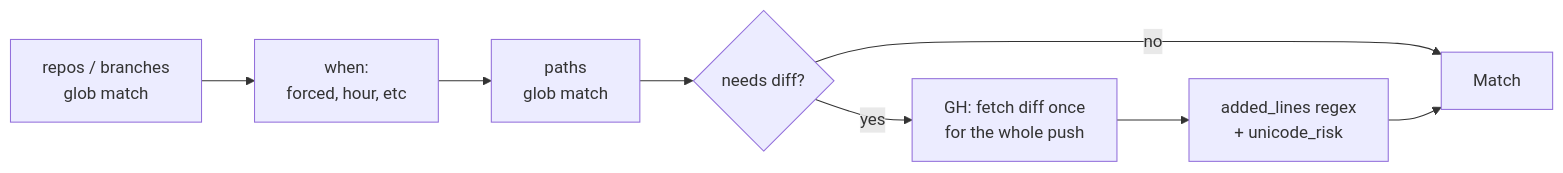
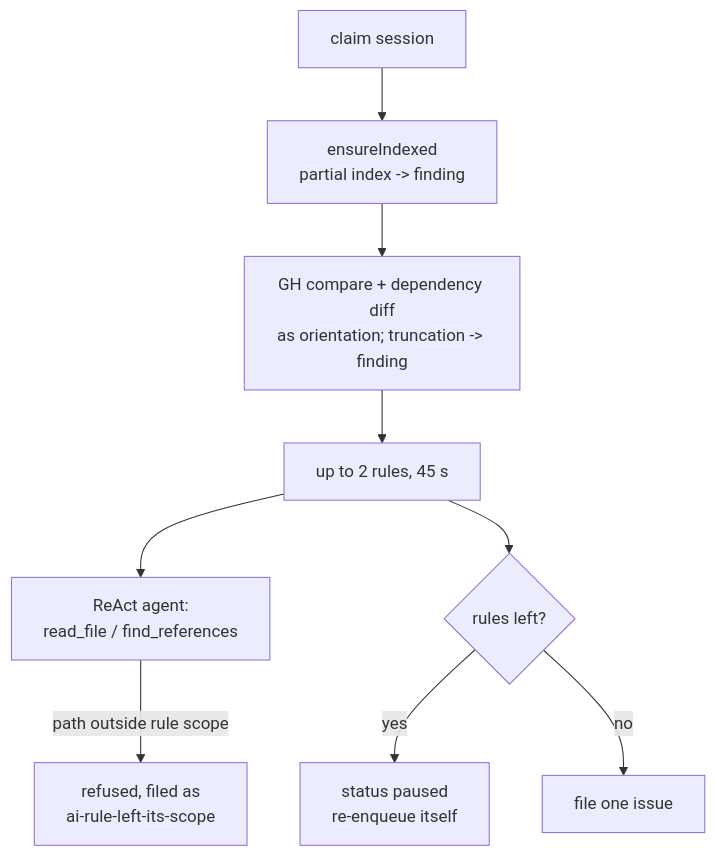
The fifth of 9 diagrams in RUNTIME.md (saadiqayyum/Pushguard), drawn with Mermaid before and after one commit. The commit also changed other lines of this file and 685 other files, not shown here.

````diff
--- a/RUNTIME.md
+++ b/RUNTIME.md
@@ -70,10 +151,11 @@
 ```mermaid
-flowchart LR
-  A["repos / branches<br/>glob match"] --> B["when:<br/>forced, hour, etc"]
-  B --> C["paths<br/>glob match"]
-  C --> D{needs diff?}
-  D -->|no| E[Match]
-  D -->|yes| F["GH: fetch diff once<br/>for the whole push"]
-  F --> G["added_lines regex<br/>+ unicode_risk"]
-  G --> E
+flowchart TD
+  A[claim session] --> B["ensureIndexed<br/>partial index -> finding"]
+  B --> C["GH compare + dependency diff<br/>as orientation; truncation -> finding"]
+  C --> D["up to 2 rules, 45 s"]
+  D --> E["ReAct agent:<br/>read_file / find_references"]
+  E -->|"path outside rule scope"| F["refused, filed as<br/>ai-rule-left-its-scope"]
+  D --> G{rules left?}
+  G -->|yes| H["status paused<br/>re-enqueue itself"]
+  G -->|no| I[file one issue]
 ```
````
